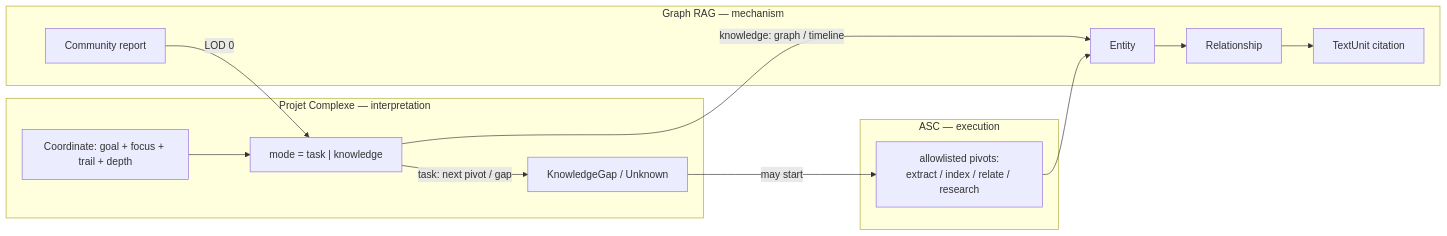
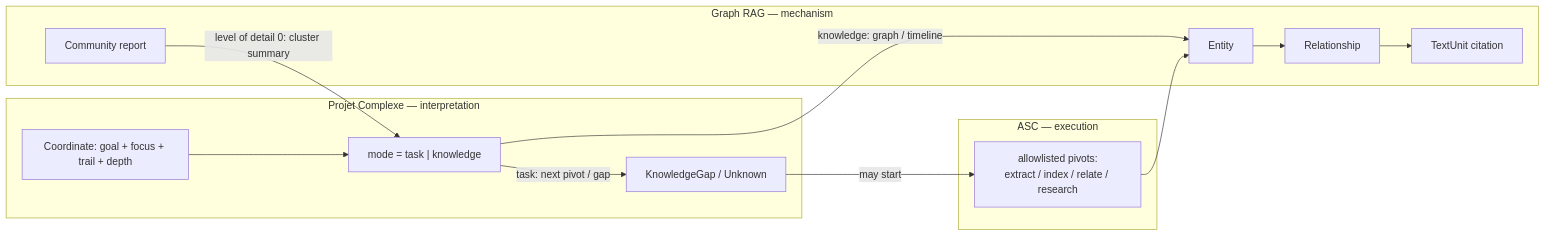
The third of 13 diagrams in data/ideas/2026/08/18-graph-rag-wikipedia-db-pedia-ieml.md (Paulmicha/projet-complexe-asc), drawn with Mermaid before and after one commit. The commit also changed other lines of this file and 1 other file, not shown here.

````diff
--- a/data/ideas/2026/08/18-graph-rag-wikipedia-db-pedia-ieml.md
+++ b/data/ideas/2026/08/18-graph-rag-wikipedia-db-pedia-ieml.md
@@ -206,28 +228,28 @@
 ```mermaid
 flowchart LR
   subgraph asc["ASC — execution"]
     PIVOT["allowlisted pivots:<br/>extract / index / relate / research"]
   end
 
   subgraph pc["Projet Complexe — interpretation"]
     COORD["Coordinate: goal + focus + trail + depth"]
     MODE["mode = task | knowledge"]
     KGAP["KnowledgeGap / Unknown"]
   end
 
   subgraph grag["Graph RAG — mechanism"]
     ENT[Entity]
     REL[Relationship]
     COM[Community report]
     TU[TextUnit citation]
   end
 
   COORD --> MODE
   MODE -->|"knowledge: graph / timeline"| ENT
   MODE -->|"task: next pivot / gap"| KGAP
   KGAP -->|"may start"| PIVOT
   PIVOT --> ENT
   ENT --> REL
   REL --> TU
-  COM -->|"LOD 0"| MODE
+  COM -->|"level of detail 0: cluster summary"| MODE
 ```
````
